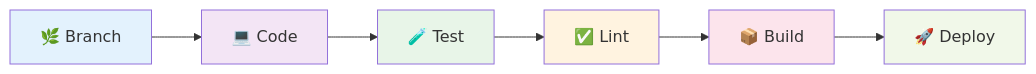
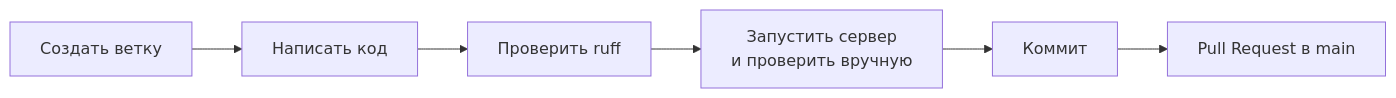
The diagram in docs/contributing.md (TasKanLine/taskanline-server), drawn with Mermaid before and after one commit. The commit also changed other lines of this file and 5 other files, not shown here.

````diff
--- a/docs/contributing.md
+++ b/docs/contributing.md
@@ -95,15 +36,8 @@
 ```mermaid
-graph LR
-    A[🌿 Branch] --> B[💻 Code]
-    B --> C[🧪 Test]
-    C --> D[✅ Lint]
-    D --> E[📦 Build]
-    E --> F[🚀 Deploy]
-    
-    style A fill:#e3f2fd
-    style B fill:#f3e5f5
-    style C fill:#e8f5e8
-    style D fill:#fff3e0
-    style E fill:#fce4ec
-    style F fill:#f1f8e9
+flowchart LR
+    A[Создать ветку] --> B[Написать код]
+    B --> C[Проверить ruff]
+    C --> D[Запустить сервер\nи проверить вручную]
+    D --> E[Коммит]
+    E --> F[Pull Request в main]
 ```
````
